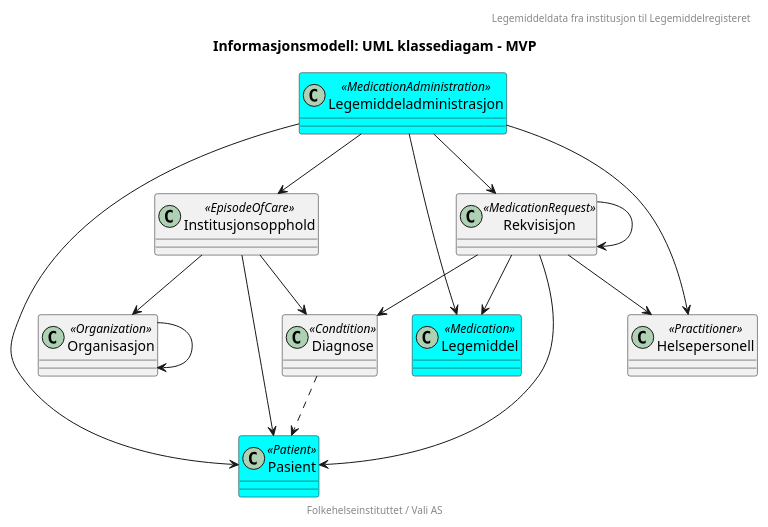
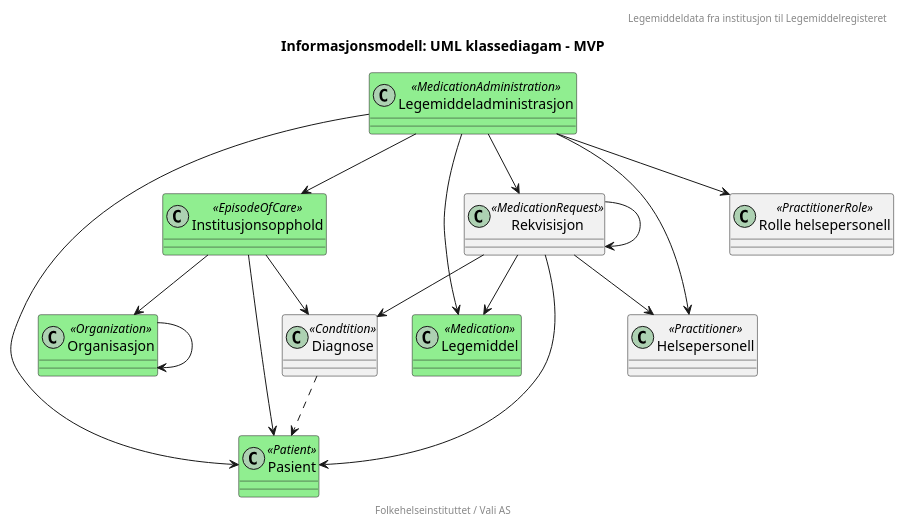
The diagram in LMDI/input/images/informasjonsmodell-enkel.plantuml (HL7Norway/LMDI), drawn with PlantUML before and after one commit.

```diff
--- a/LMDI/input/images/informasjonsmodell-enkel.plantuml
+++ b/LMDI/input/images/informasjonsmodell-enkel.plantuml
@@ -1,50 +1,56 @@
 @startuml
 
 header "Legemiddeldata fra institusjon til Legemiddelregisteret"
 title "Informasjonsmodell: UML klassediagam - MVP"
 footer "Folkehelseinstituttet / Vali AS"
 
-class Pasient <<Patient>> #cyan {
+class Pasient <<Patient>> #lightgreen {
 }
 
-class Legemiddeladministrasjon <<MedicationAdministration>> #cyan {
+class Legemiddeladministrasjon <<MedicationAdministration>> #lightgreen {
 }
 
 Legemiddeladministrasjon --> Legemiddel 
 Legemiddeladministrasjon --> Pasient
 Legemiddeladministrasjon --> Helsepersonell
+Legemiddeladministrasjon --> "Rolle helsepersonell"
 Legemiddeladministrasjon --> Rekvisisjon
 Legemiddeladministrasjon --> Institusjonsopphold
 
-class Legemiddel <<Medication>> #cyan {
+class Legemiddel <<Medication>> #lightgreen {
 }
 
 class Helsepersonell <<Practitioner>> {
 }
-class Organisasjon <<Organization>> {
+class Organisasjon <<Organization>> #lightgreen {
 }
 
 Organisasjon --> Organisasjon
 
-class Institusjonsopphold <<EpisodeOfCare>> {
+class Institusjonsopphold <<EpisodeOfCare>> #lightgreen {
 }
 
 Institusjonsopphold --> Pasient
 Institusjonsopphold --> Organisasjon
 Institusjonsopphold --> Diagnose
 
 class Diagnose <<Condtition>> {
 }
 
 Diagnose ..> Pasient
 
 class Rekvisisjon <<MedicationRequest>> {
 }
 
 Rekvisisjon --> Diagnose
 Rekvisisjon --> Legemiddel
 Rekvisisjon --> Pasient
 Rekvisisjon --> Helsepersonell
 Rekvisisjon --> Rekvisisjon
 
+class "Rolle helsepersonell" <<PractitionerRole>> {
+}
+
+
+
 @enduml
```
